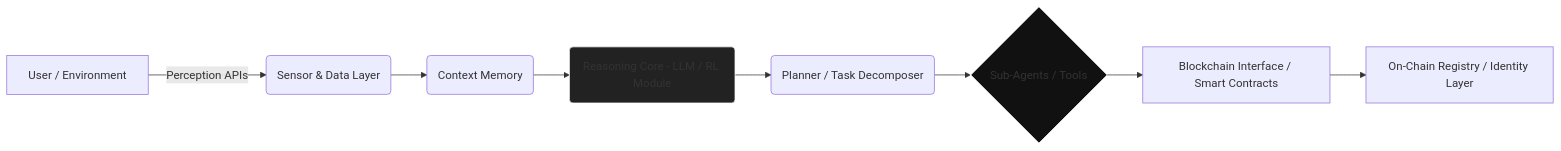
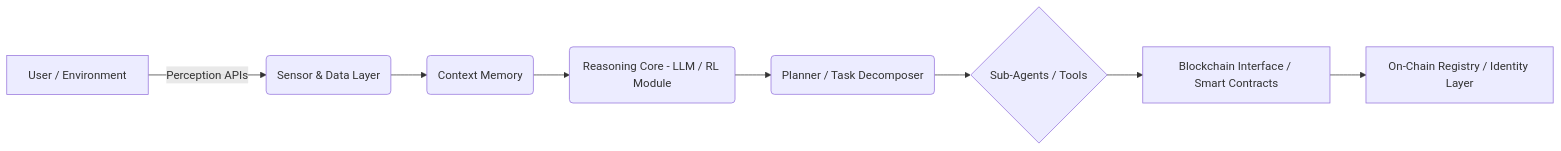
One commit to Foundup/Foundups-Agent changed the second of 4 diagrams in WSP_knowledge/docs/Papers/Architectures_Emergent_Intelligence.md. Above: the diagram before and after it, drawn with Mermaid. The commit also changed other lines of this file and 2 other files, not shown here.

First line of the commit message:
docs(architecture): refresh Foundups paper framing

````diff
--- a/WSP_knowledge/docs/Papers/Architectures_Emergent_Intelligence.md
+++ b/WSP_knowledge/docs/Papers/Architectures_Emergent_Intelligence.md
@@ -164,12 +165,10 @@
 ```mermaid
 graph LR
     A[User / Environment] -->|Perception APIs| B(Sensor & Data Layer)
     B --> C(Context Memory)
     C --> D(Reasoning Core - LLM / RL Module)
     D --> E(Planner / Task Decomposer)
     E --> F{Sub-Agents / Tools}
     F --> G[Blockchain Interface / Smart Contracts]
     G --> H[On-Chain Registry / Identity Layer]
-    style D fill:#222,stroke:#fff
-    style F fill:#111,stroke:#fff
 ```
````
